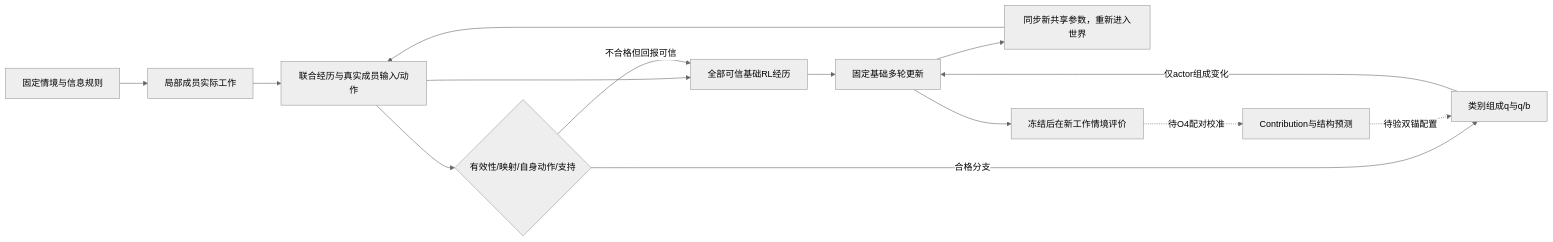
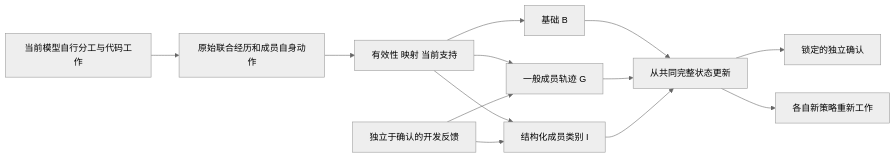
One commit to haoyueliuzhao/ProWorkSim changed the diagram in docs/research/id-vtdo.md. Above: the diagram before and after it, drawn with Mermaid (neutral theme). The commit also changed other lines of this file and 30 other files, not shown here.

````diff
--- a/docs/research/id-vtdo.md
+++ b/docs/research/id-vtdo.md
@@ -66,16 +20,15 @@
 ```mermaid
 flowchart LR
-  X[固定情境与信息规则] --> W[局部成员实际工作]
-  W --> T[联合经历与真实成员输入/动作]
-  T --> B[全部可信基础RL经历]
-  T --> V{有效性/映射/自身动作/支持}
-  V -->|不合格但回报可信| B
-  V -->|合格分支| Q[类别组成q与q/b]
-  B --> U[固定基础多轮更新]
-  Q -->|仅actor组成变化| U
-  U --> W2[同步新共享参数，重新进入世界]
-  W2 --> T
-  U --> J[冻结后在新工作情境评价]
-  J -. 待O4配对校准 .-> C[Contribution与结构预测]
-  C -. 待验双锚配置 .-> Q
+  W[当前模型自行分工与代码工作] --> D[原始联合经历和成员自身动作]
+  D --> V[有效性 映射 当前支持]
+  V --> B[基础 B]
+  V --> G[一般成员轨迹 G]
+  V --> I[结构化成员类别 I]
+  DEV[独立于确认的开发反馈] --> G
+  DEV --> I
+  B --> U[从共同完整状态更新]
+  G --> U
+  I --> U
+  U --> TEST[锁定的独立确认]
+  U --> NEXT[各自新策略重新工作]
 ```
````
